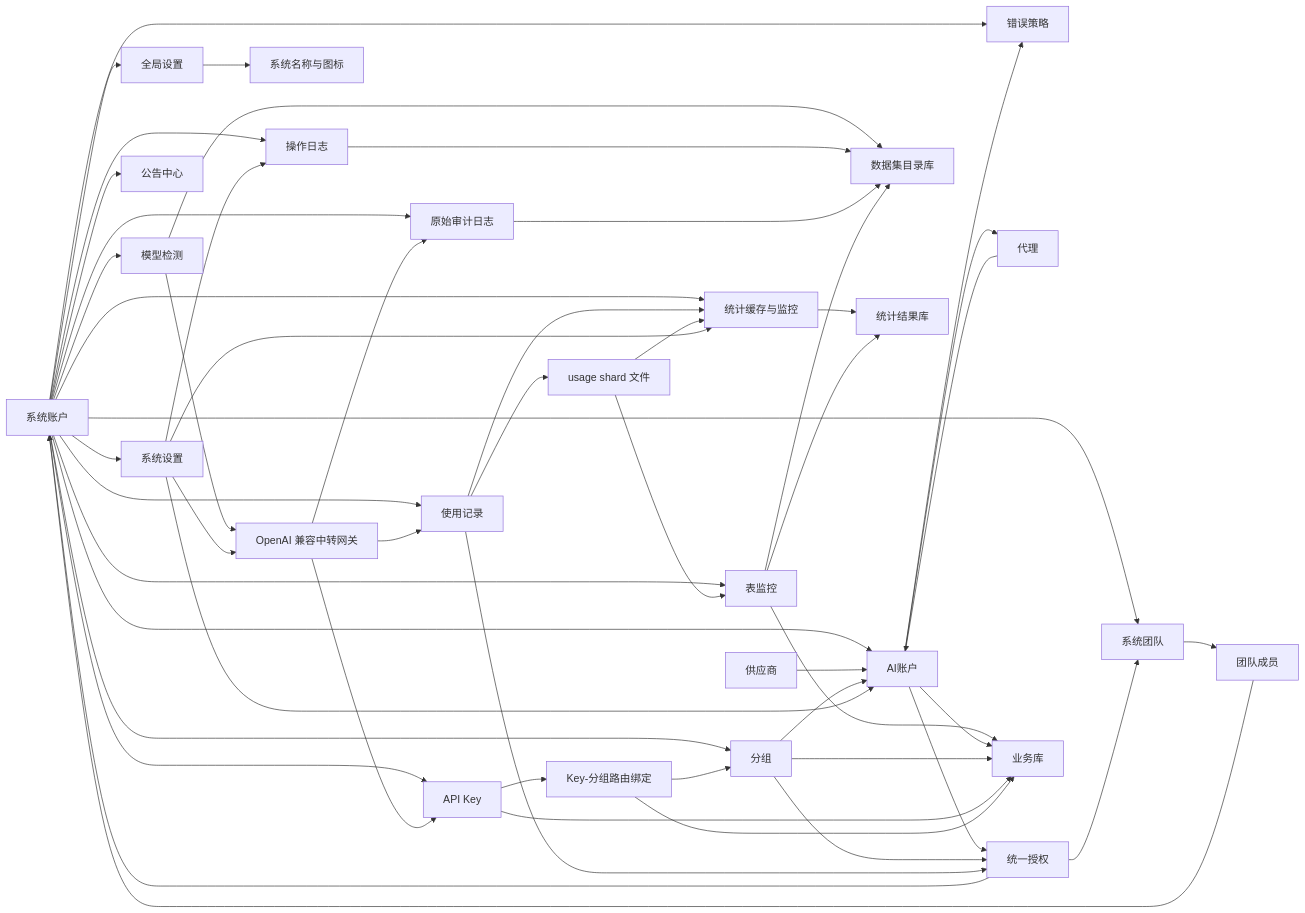
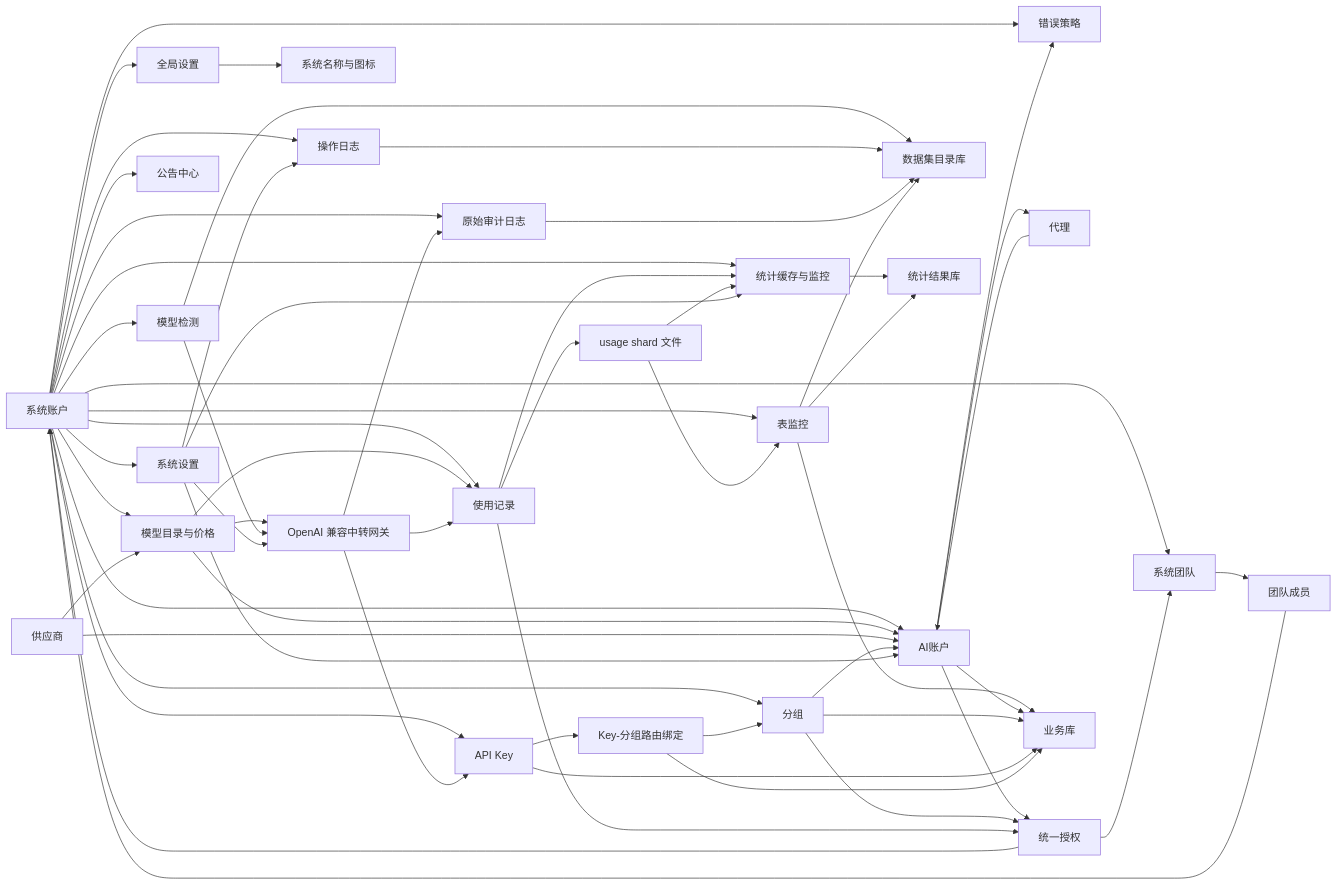
One commit to huanmin123/juhe-ai changed the diagram in docs/architecture/架构总览.md. Above: the diagram before and after it, drawn with Mermaid. The commit also changed other lines of this file and 143 other files, not shown here.

````diff
--- a/docs/architecture/架构总览.md
+++ b/docs/architecture/架构总览.md
@@ -70,56 +70,61 @@
 ```mermaid
 flowchart LR
   SystemAccount["系统账户"] --> GlobalSettings["全局设置"]
   SystemAccount --> SystemSettings["系统设置"]
   SystemAccount --> SystemTeam["系统团队"]
   SystemTeam --> TeamMember["团队成员"]
   TeamMember --> SystemAccount
   SystemAccount --> AIAccount["AI账户"]
   SystemAccount --> Group["分组"]
   SystemAccount --> APIKey["API Key"]
   SystemAccount --> ModelCheck["模型检测"]
   SystemAccount --> Usage["使用记录"]
   SystemAccount --> OperationLog["操作日志"]
   SystemAccount --> AuditLog["原始审计日志"]
   SystemAccount --> Stats["统计缓存与监控"]
   SystemAccount --> TableMonitor["表监控"]
   SystemAccount --> ErrorPolicy["错误策略"]
   SystemAccount --> Announcement["公告中心"]
+  SystemAccount --> ModelCatalog["模型目录与价格"]
   GlobalSettings --> AppBrand["系统名称与图标"]
+  Provider["供应商"] --> ModelCatalog
+  ModelCatalog --> AIAccount
+  ModelCatalog --> Gateway
+  ModelCatalog --> Usage
   Provider["供应商"] --> AIAccount
   Proxy["代理"] --> AIAccount
   AIAccount --> Proxy
   AIAccount --> ErrorPolicy
   AIAccount --> ResourceAuthorization["统一授权"]
   Group --> ResourceAuthorization
   ResourceAuthorization --> SystemAccount
   ResourceAuthorization --> SystemTeam
   Group --> AIAccount
   APIKey --> APIKeyGroupBinding["Key-分组路由绑定"]
   APIKeyGroupBinding --> Group
   ModelCheck --> Gateway
   ModelCheck --> DatasetStore
   Gateway["OpenAI 兼容中转网关"] --> APIKey
   Gateway --> Usage["使用记录"]
   Gateway --> AuditLog
   Usage --> ResourceAuthorization
   Usage --> Stats["统计缓存与监控"]
   Usage --> UsageShard["usage shard 文件"]
   UsageShard --> Stats
   UsageShard --> TableMonitor
   DatasetStore["数据集目录库"]
   OperationLog --> DatasetStore
   AuditLog --> DatasetStore
   Stats --> StatsStore["统计结果库"]
   TableMonitor --> StatsStore
   TableMonitor --> BusinessStore
   TableMonitor --> DatasetStore
   AIAccount --> BusinessStore["业务库"]
   Group --> BusinessStore
   APIKey --> BusinessStore
   APIKeyGroupBinding --> BusinessStore
   SystemSettings --> Gateway
   SystemSettings --> OperationLog
   SystemSettings --> AIAccount
   SystemSettings --> Stats
 ```
````
